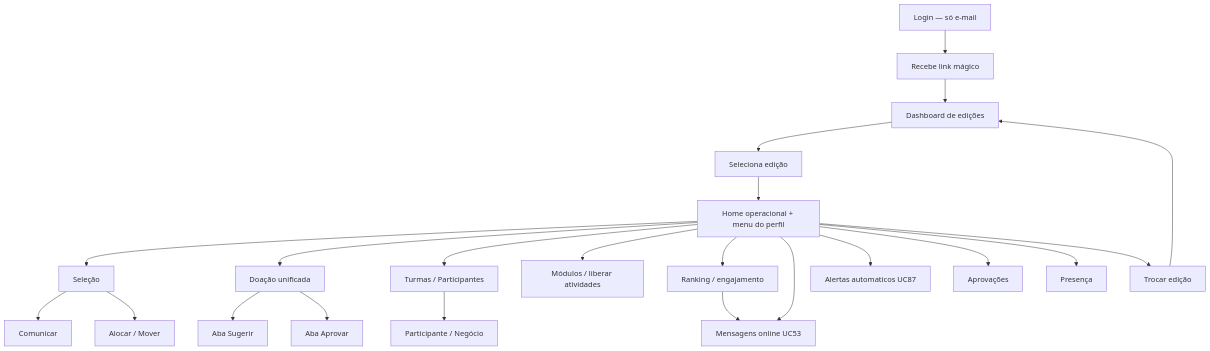
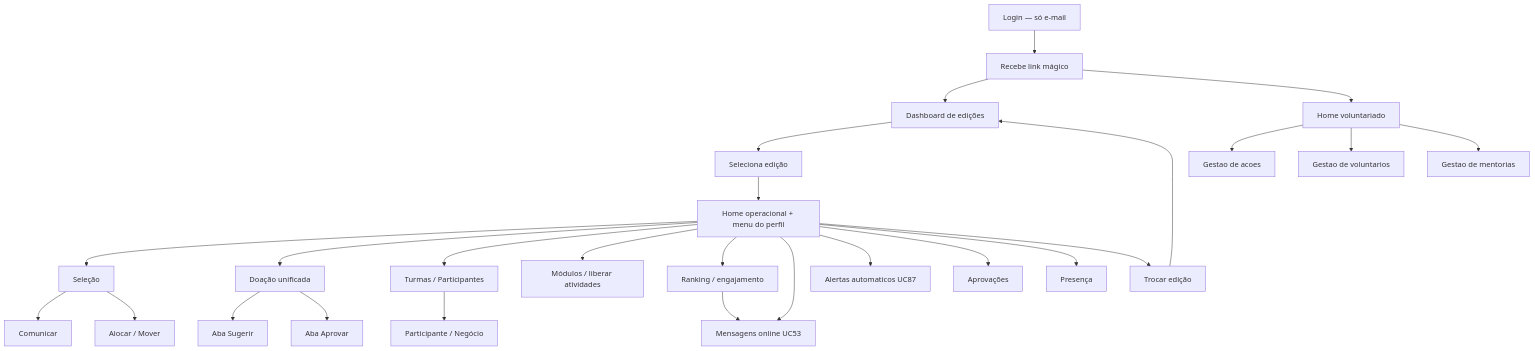
The diagram in prototipo/Aplicativo Gestor.md (luciorogeriosp/cm_documentacao), drawn with Mermaid before and after one commit. The commit also changed other lines of this file and 104 other files, not shown here.

````diff
--- a/prototipo/Aplicativo Gestor.md
+++ b/prototipo/Aplicativo Gestor.md
@@ -1566,24 +1643,28 @@
 ```mermaid
 flowchart TB
   LOGIN[Login — só e-mail] --> MAIL[Recebe link mágico]
   MAIL --> EDS[Dashboard de edições]
+  MAIL --> GVHOME[Home voluntariado]
   EDS --> EDI[Seleciona edição]
   EDI --> HOME[Home operacional + menu do perfil]
+  GVHOME --> ACOES[Gestao de acoes]
+  GVHOME --> GVOL[Gestao de voluntarios]
+  GVHOME --> GMENT[Gestao de mentorias]
   HOME --> SEL[Seleção]
   HOME --> DOA[Doação unificada]
   HOME --> TUR[Turmas / Participantes]
   HOME --> SEQ[Módulos / liberar atividades]
   HOME --> ENG[Ranking / engajamento]
   HOME --> MSG[Mensagens online UC53]
   HOME --> ALERT[Alertas automaticos UC87]
   HOME --> APR[Aprovações]
   HOME --> PRES[Presença]
   ENG --> MSG
   SEL --> COM[Comunicar]
   SEL --> ALC[Alocar / Mover]
   DOA --> SUG[Aba Sugerir]
   DOA --> APV[Aba Aprovar]
   TUR --> PART[Participante / Negócio]
   HOME --> BACK[Trocar edição]
   BACK --> EDS
 ```
````
